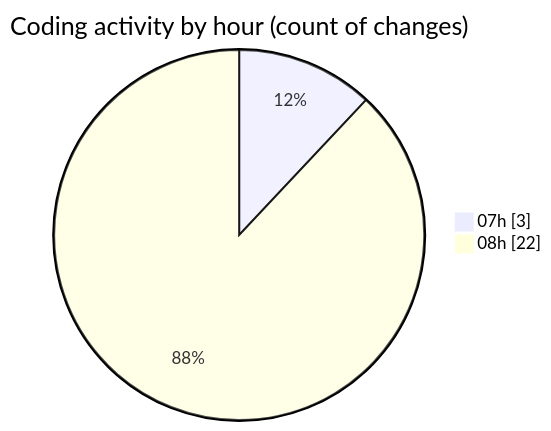
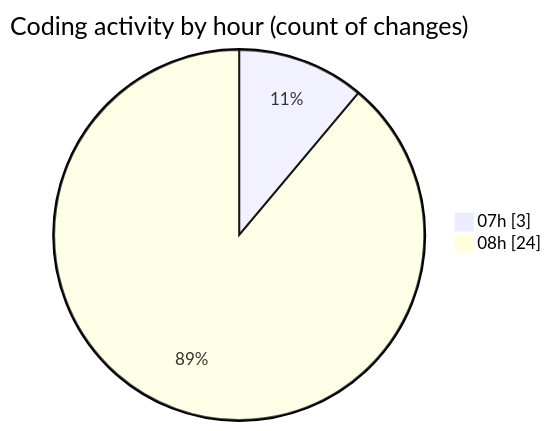
One commit to becaeroporto-bot/code-tracking changed the second of 2 diagrams in 2026-02-20/bot_i_a/README.md. Above: the diagram before and after it, drawn with Mermaid. The commit also changed other lines of this file and 1 other file, not shown here.

````diff
--- a/2026-02-20/bot_i_a/README.md
+++ b/2026-02-20/bot_i_a/README.md
@@ -38,6 +38,6 @@
 ```mermaid
 pie showData
 title Coding activity by hour (count of changes)
 "07h" : 3
-"08h" : 22
+"08h" : 24
 ```
````
